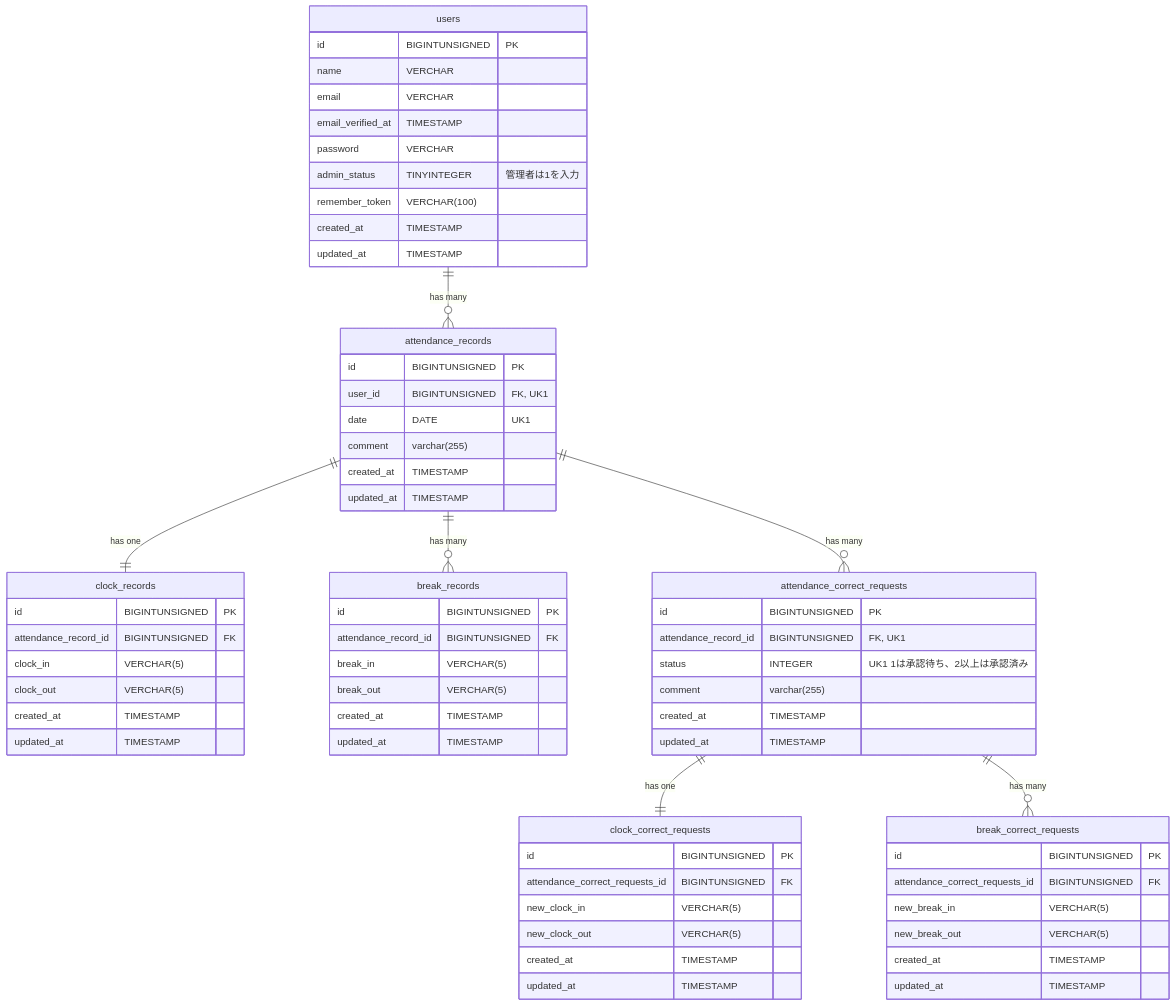
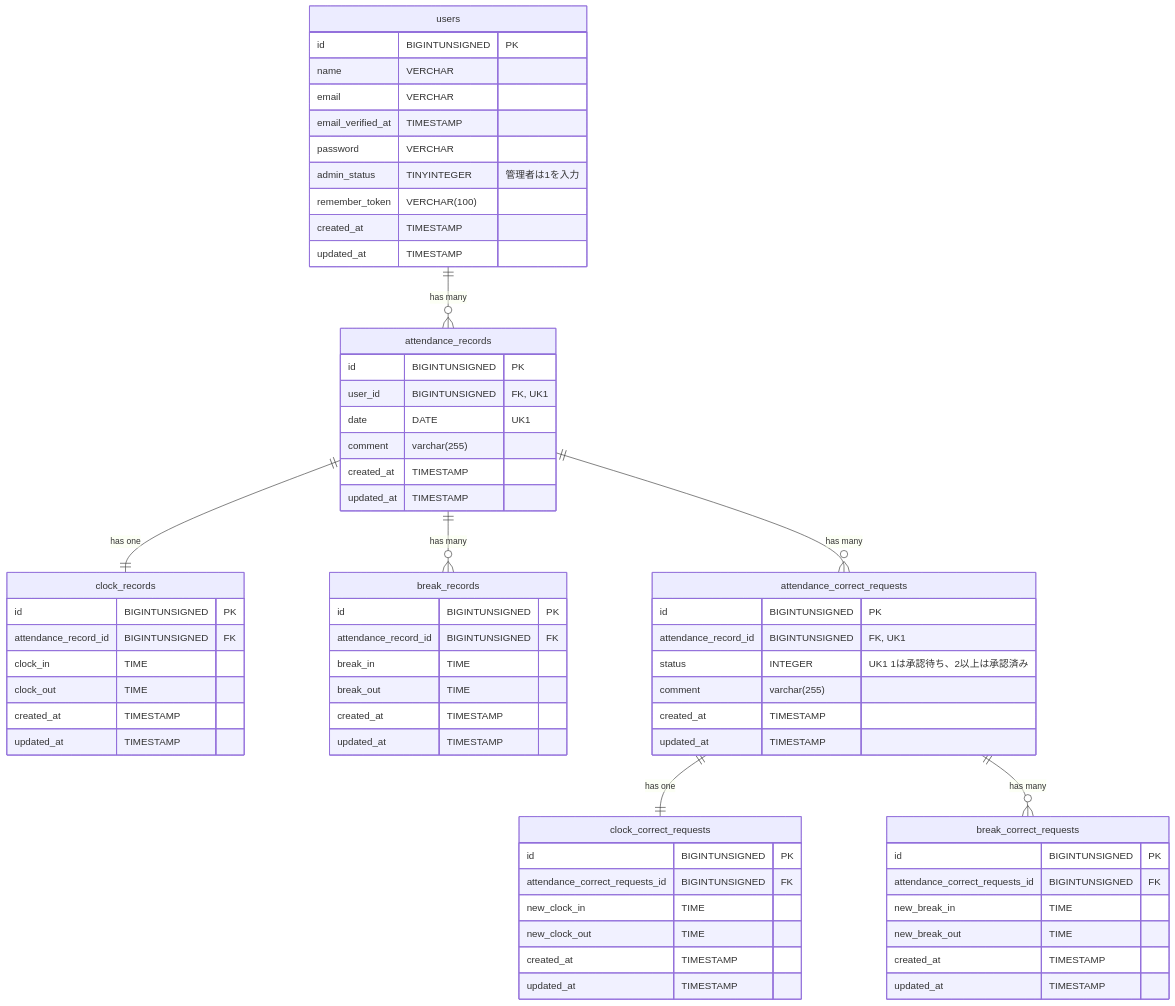
The diagram in README.md (miyori-knzk/attendance-app), drawn with Mermaid before and after one commit. The commit also changed other lines of this file and 6 other files, not shown here.

````diff
--- a/README.md
+++ b/README.md
@@ -1,78 +23,78 @@
 ```mermaid
 
 erDiagram
     users {
         id  BIGINTUNSIGNED "PK"
         name VERCHAR
         email VERCHAR
         email_verified_at TIMESTAMP
         password VERCHAR
         admin_status TINYINTEGER "管理者は1を入力"
         remember_token VERCHAR(100)
         created_at TIMESTAMP
         updated_at TIMESTAMP
     }
 
     attendance_records {
         id BIGINTUNSIGNED "PK"
         user_id BIGINTUNSIGNED "FK, UK1"
         date DATE "UK1"
         comment varchar(255)
         created_at TIMESTAMP
         updated_at TIMESTAMP
     }
 
     clock_records {
         id BIGINTUNSIGNED "PK"
         attendance_record_id BIGINTUNSIGNED "FK"
-        clock_in VERCHAR(5)
-        clock_out VERCHAR(5)
+        clock_in TIME
+        clock_out TIME
         created_at TIMESTAMP
         updated_at TIMESTAMP
     }
 
     break_records {
         id BIGINTUNSIGNED "PK"
         attendance_record_id BIGINTUNSIGNED "FK"
-        break_in VERCHAR(5)
-        break_out VERCHAR(5)
+        break_in TIME
+        break_out TIME
         created_at TIMESTAMP
         updated_at TIMESTAMP
     }
 
     attendance_correct_requests {
         id BIGINTUNSIGNED "PK"
         attendance_record_id BIGINTUNSIGNED "FK, UK1"
         status INTEGER 　"UK1 1は承認待ち、2以上は承認済み"
         comment varchar(255)
         created_at TIMESTAMP
         updated_at TIMESTAMP
 
     }
 
     clock_correct_requests {
         id BIGINTUNSIGNED "PK"
         attendance_correct_requests_id BIGINTUNSIGNED "FK"
-        new_clock_in VERCHAR(5)
-        new_clock_out VERCHAR(5)
+        new_clock_in TIME
+        new_clock_out TIME
         created_at TIMESTAMP
         updated_at TIMESTAMP
     }
 
     break_correct_requests {
         id BIGINTUNSIGNED "PK"
         attendance_correct_requests_id BIGINTUNSIGNED "FK"
-        new_break_in VERCHAR(5)
-        new_break_out VERCHAR(5)
+        new_break_in TIME
+        new_break_out TIME
         created_at TIMESTAMP
         updated_at TIMESTAMP
     }
 
     users ||--o{ attendance_records : "has many"
     attendance_records ||--|| clock_records : "has one"
     attendance_records ||--o{ break_records : "has many"
     attendance_records ||--o{ attendance_correct_requests : "has many"
     attendance_correct_requests ||--|| clock_correct_requests : "has one"
     attendance_correct_requests ||--o{ break_correct_requests : "has many"
 
 ```
````
